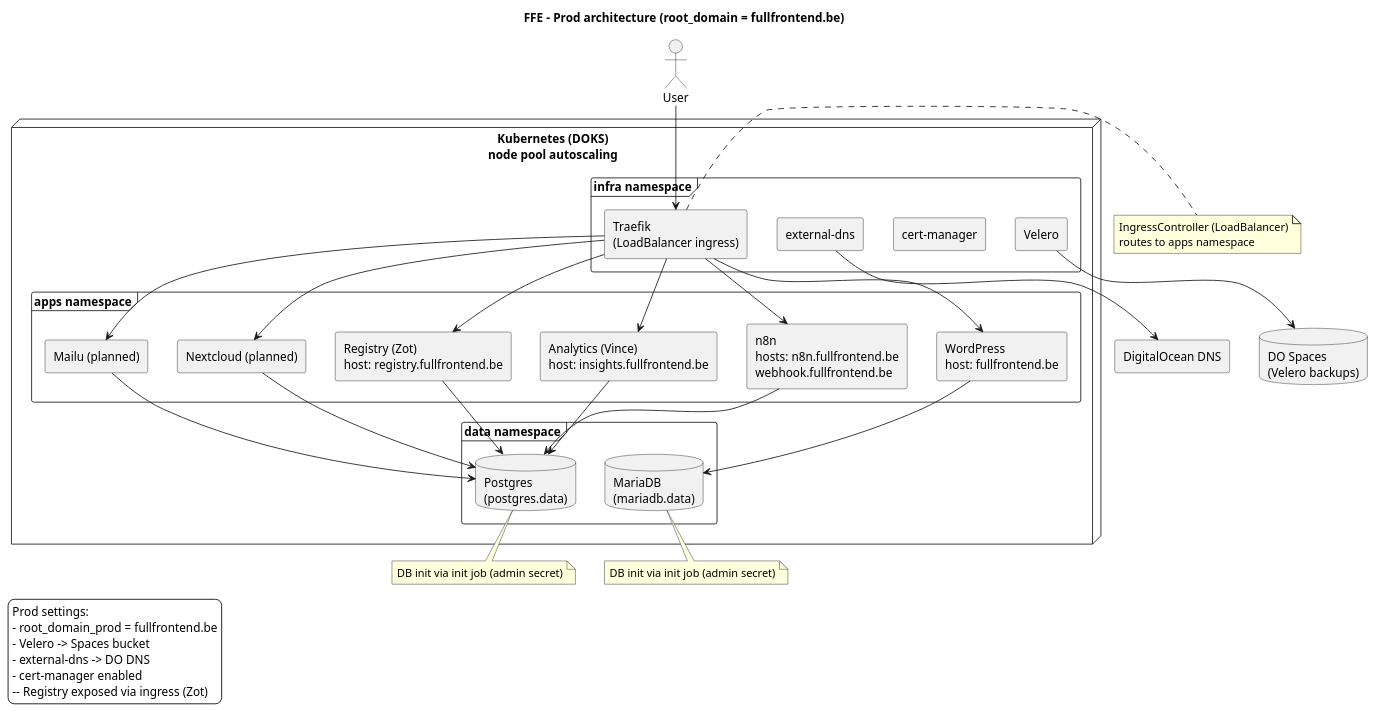
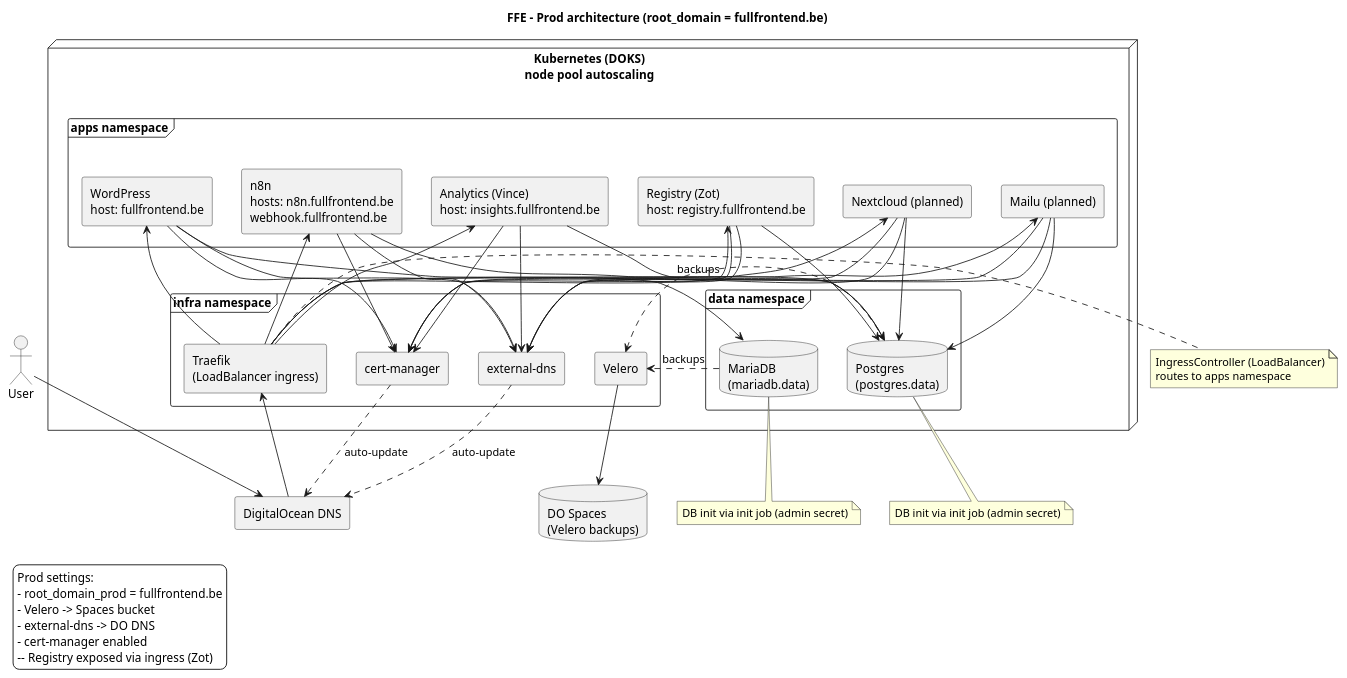
Before and after one commit to fullfrontend/FFE-Terraform: the diagram in docs/architecture-prod.puml, drawn with PlantUML.

Commit message:
UML scheme update

```diff
--- a/docs/architecture-prod.puml
+++ b/docs/architecture-prod.puml
@@ -1,75 +1,93 @@
 @startuml
 title FFE – Prod architecture (root_domain = fullfrontend.be)
 
 skinparam backgroundColor #ffffff
 skinparam componentStyle rectangle
 
 actor User
 
 rectangle "DigitalOcean DNS" as DODNS
 database "DO Spaces\n(Velero backups)" as Spaces
 
 node "Kubernetes (DOKS)\nnode pool autoscaling" {
   frame "infra namespace" {
     component "Traefik\n(LoadBalancer ingress)" as Traefik
     component "cert-manager"
     component "external-dns"
     component "Velero"
   }
 
   frame "data namespace" {
     database "Postgres\n(postgres.data)" as Postgres
     database "MariaDB\n(mariadb.data)" as MariaDB
   }
 
   frame "apps namespace" {
     component "WordPress\nhost: fullfrontend.be" as WP
     component "n8n\nhosts: n8n.fullfrontend.be\nwebhook.fullfrontend.be" as N8N
     component "Analytics (Vince)\nhost: insights.fullfrontend.be" as Vince
     component "Registry (Zot)\nhost: registry.fullfrontend.be" as Zot
     component "Nextcloud (planned)" as Nextcloud
     component "Mailu (planned)" as Mailu
   }
 }
 
-User --> Traefik
+User --> DODNS
+DODNS --> Traefik
 Traefik --> WP
 Traefik --> N8N
 Traefik --> Vince
 Traefik --> Zot
 Traefik --> Mailu
 Traefik --> Nextcloud
 
 WP --> MariaDB
 N8N --> Postgres
 Vince --> Postgres
 Zot --> Postgres
 Mailu --> Postgres
 Nextcloud --> Postgres
+"Postgres" ..> "Velero" : backups
+"MariaDB" ..> "Velero" : backups
 
-"external-dns" --> DODNS
+WP --> "external-dns"
+N8N --> "external-dns"
+Vince --> "external-dns"
+Zot --> "external-dns"
+Mailu --> "external-dns"
+Nextcloud --> "external-dns"
+"external-dns" ..> DODNS : auto-update
+
+WP --> "cert-manager"
+N8N --> "cert-manager"
+Vince --> "cert-manager"
+Zot --> "cert-manager"
+Mailu --> "cert-manager"
+Nextcloud --> "cert-manager"
+"cert-manager" ..> DODNS : auto-update
+
 Velero --> Spaces
 
 note right of Traefik
 IngressController (LoadBalancer)
 routes to apps namespace
 end note
 
 note bottom of Postgres
 DB init via init job (admin secret)
 end note
 
 note bottom of MariaDB
 DB init via init job (admin secret)
 end note
 
 legend left
 Prod settings:
 - root_domain_prod = fullfrontend.be
 - Velero -> Spaces bucket
 - external-dns -> DO DNS
 - cert-manager enabled
 -- Registry exposed via ingress (Zot)
 endlegend
 
 @enduml
```
